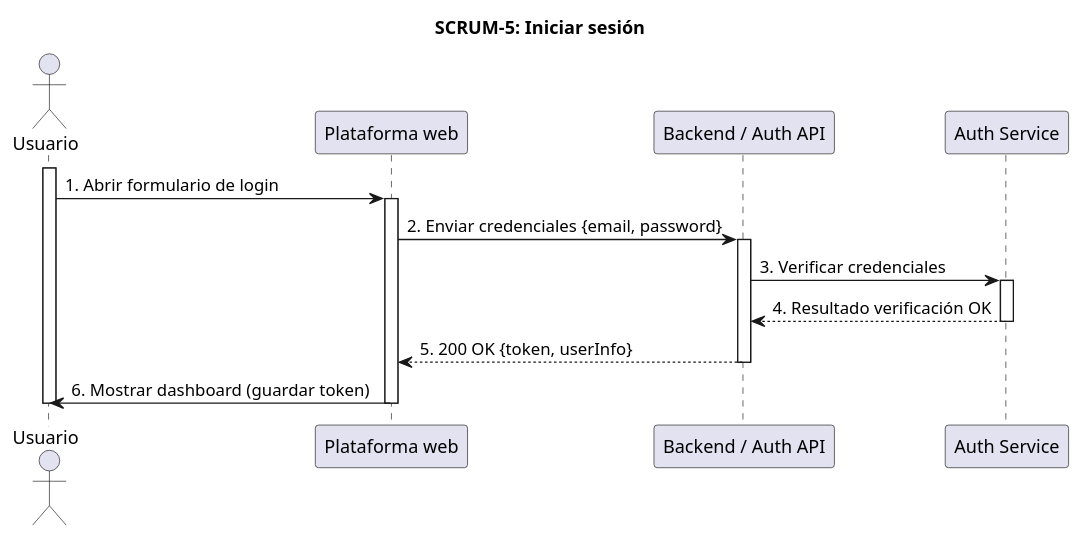
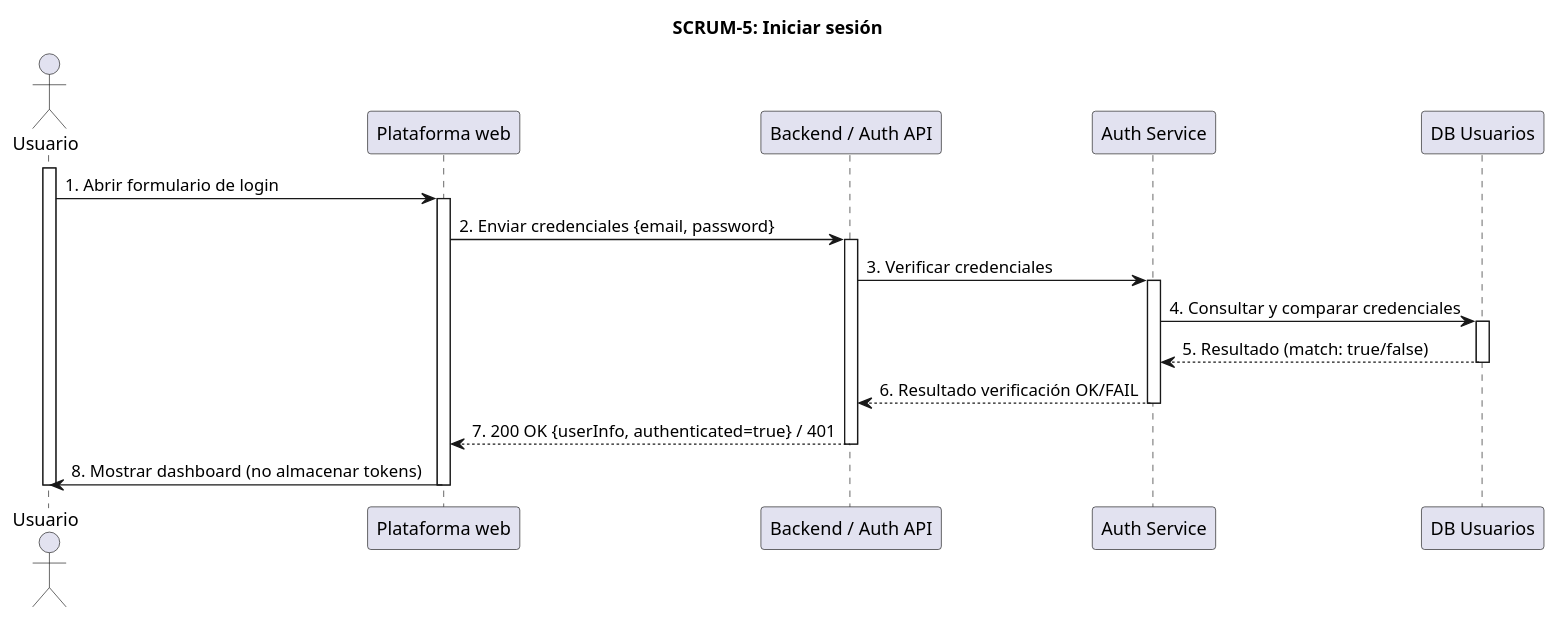
One commit to IraPues890/SW2_SISTEMA_DE_ALMACENAMIENTO changed the diagram in diagrams/sequence/SCRUM-5_iniciar_sesion.puml. Above: the diagram before and after it, drawn with PlantUML. The commit also changed 8 other files, not shown here.

First line of the commit message:
diagramas de secuencia y cambio en bd y clases.

```diff
--- a/diagrams/sequence/SCRUM-5_iniciar_sesion.puml
+++ b/diagrams/sequence/SCRUM-5_iniciar_sesion.puml
@@ -1,23 +1,28 @@
 @startuml SCRUM-5_IniciarSesion
 title SCRUM-5: Iniciar sesión
 
 actor Usuario
 participant "Plataforma web" as Frontend
 participant "Backend / Auth API" as Backend
 participant "Auth Service" as AuthService
+participant "DB Usuarios" as DB
 
 activate Usuario
 Usuario -> Frontend: 1. Abrir formulario de login
 activate Frontend
 Frontend -> Backend: 2. Enviar credenciales {email, password}
 activate Backend
 Backend -> AuthService: 3. Verificar credenciales
 activate AuthService
-AuthService --> Backend: 4. Resultado verificación OK
+AuthService -> DB: 4. Consultar y comparar credenciales
+activate DB
+DB --> AuthService: 5. Resultado (match: true/false)
+deactivate DB
+AuthService --> Backend: 6. Resultado verificación OK/FAIL
 deactivate AuthService
-Backend --> Frontend: 5. 200 OK {token, userInfo}
+Backend --> Frontend: 7. 200 OK {userInfo, authenticated=true} / 401
 deactivate Backend
-Frontend -> Usuario: 6. Mostrar dashboard (guardar token)
+Frontend -> Usuario: 8. Mostrar dashboard (no almacenar tokens)
 deactivate Frontend
 deactivate Usuario
 @enduml
```
